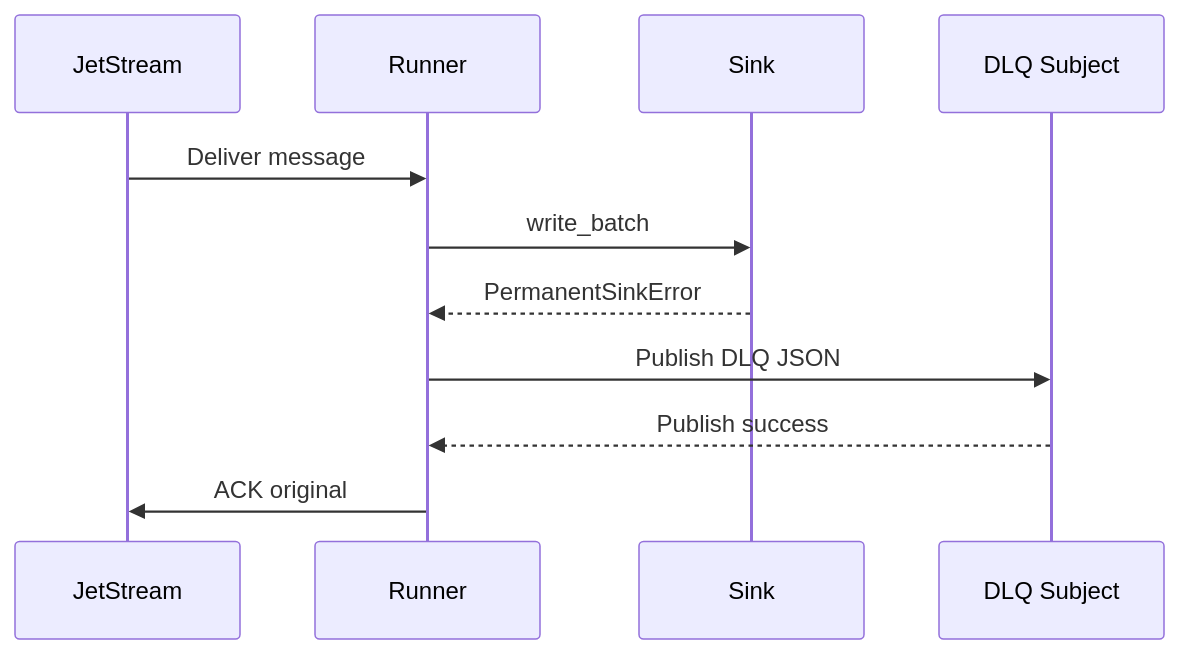
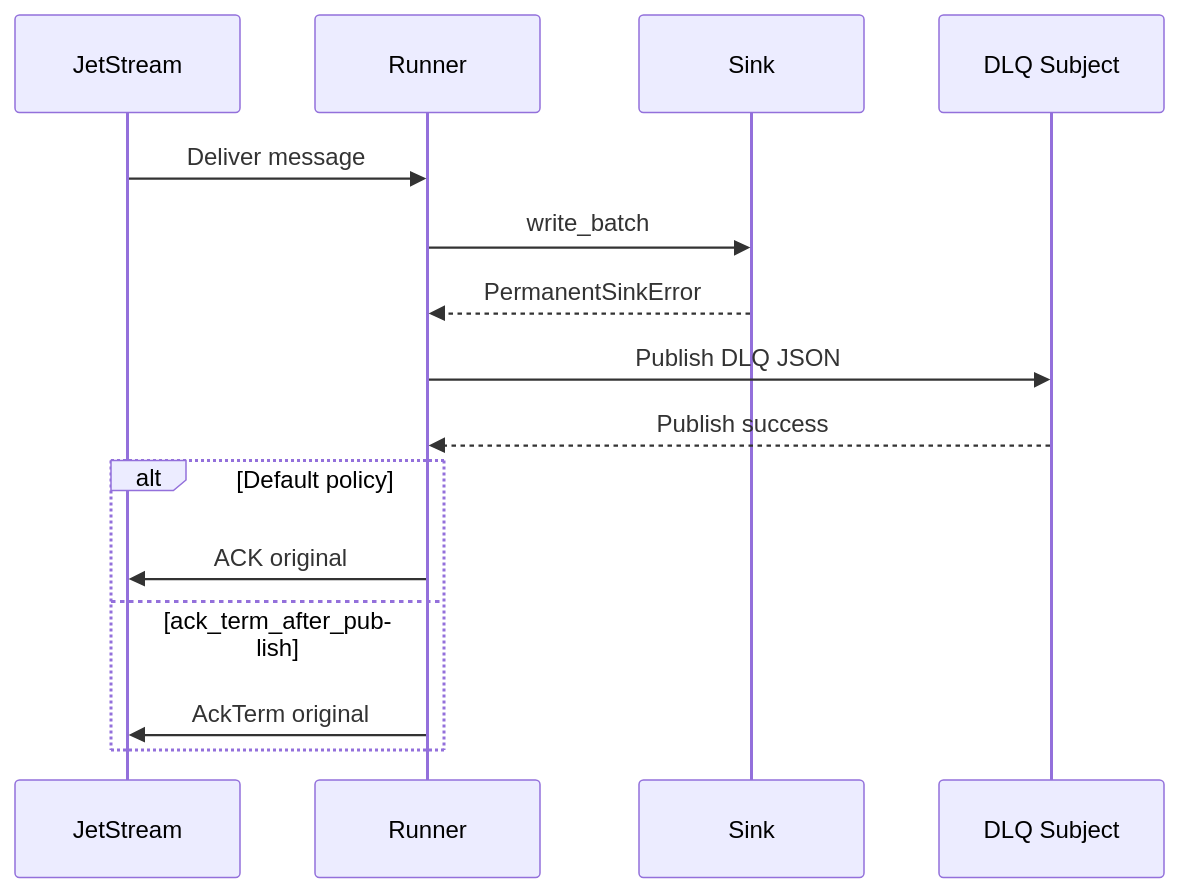
Before and after one commit to ProjectCuillin/nats-sinks: the diagram in docs/dead-letter-queues.md, drawn with Mermaid. The commit also changed other lines of this file and 19 other files, not shown here.

Commit message:
Add optional AckTerm after DLQ publication

````diff
--- a/docs/dead-letter-queues.md
+++ b/docs/dead-letter-queues.md
@@ -48,14 +52,18 @@
 ```mermaid
 sequenceDiagram
     participant JS as JetStream
     participant R as Runner
     participant S as Sink
     participant Q as DLQ Subject
 
     JS->>R: Deliver message
     R->>S: write_batch
     S-->>R: PermanentSinkError
     R->>Q: Publish DLQ JSON
     Q-->>R: Publish success
-    R->>JS: ACK original
+    alt Default policy
+        R->>JS: ACK original
+    else ack_term_after_publish
+        R->>JS: AckTerm original
+    end
 ```
````
